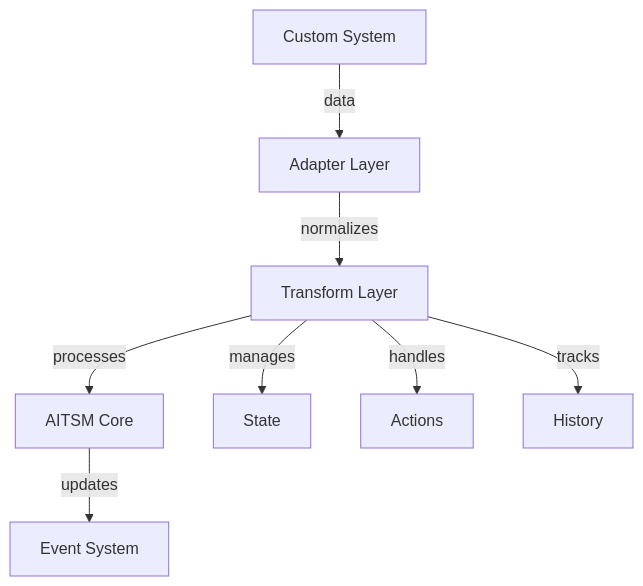
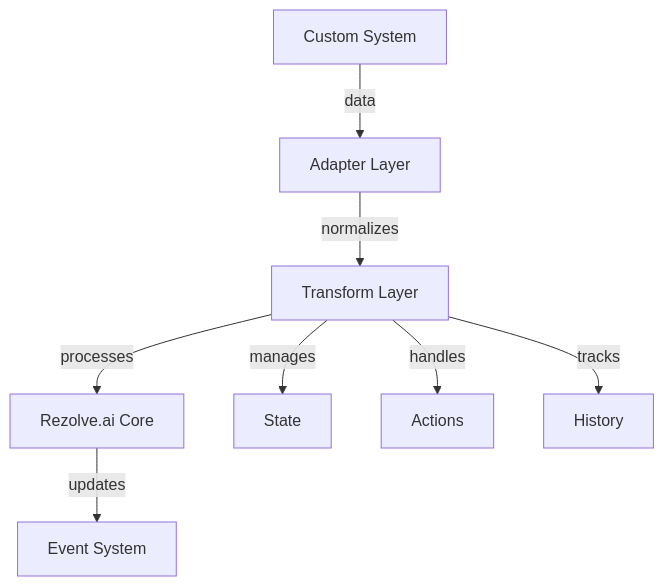
One commit to ubreddy/rezolve-docs changed the fourth of 4 diagrams in docs/integrations/ticketing-systems.md. Above: the diagram before and after it, drawn with Mermaid. The commit also changed other lines of this file and 35 other files, not shown here.

````diff
--- a/docs/integrations/ticketing-systems.md
+++ b/docs/integrations/ticketing-systems.md
@@ -134,11 +134,11 @@
 ```mermaid
 graph TD
     A[Custom System] --> |data| B[Adapter Layer]
     B --> |normalizes| C[Transform Layer]
-    C --> |processes| D[AITSM Core]
+    C --> |processes| D[Rezolve.ai Core]
     D --> |updates| E[Event System]
     
     C --> |manages| F[State]
     C --> |handles| G[Actions]
     C --> |tracks| H[History]
 ```
````
